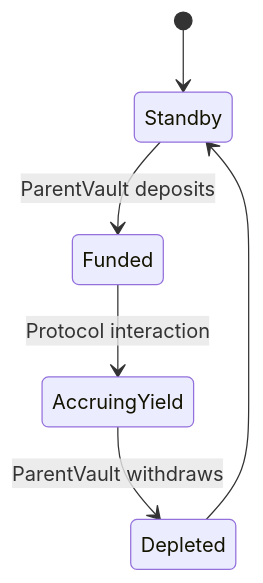
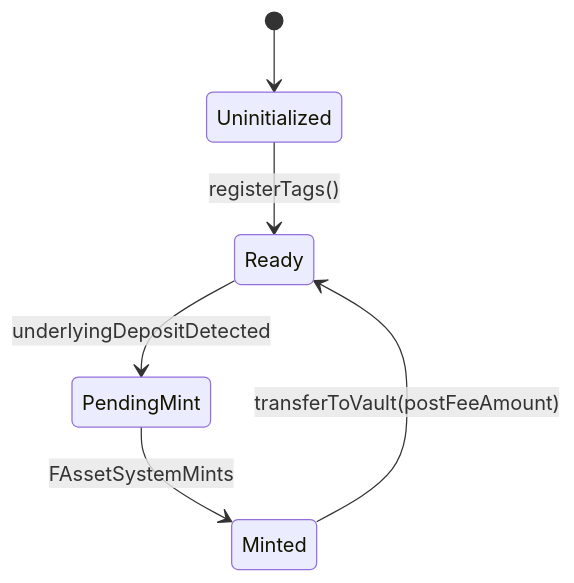
The third of 4 diagrams in architecture.md (ola-893/Yieldflare), drawn with Mermaid before and after one commit. The commit also changed other lines of this file, not shown here.

Commit message:
docs: patch 5 architectural edge cases

````diff
--- a/architecture.md
+++ b/architecture.md
@@ -96,8 +98,8 @@
 ```mermaid
 stateDiagram-v2
-    [*] --> Standby
-    Standby --> Funded : ParentVault deposits
-    Funded --> AccruingYield : Protocol interaction
-    AccruingYield --> Depleted : ParentVault withdraws
-    Depleted --> Standby
+    [*] --> Uninitialized
+    Uninitialized --> Ready : registerTags()
+    Ready --> PendingMint : underlyingDepositDetected
+    PendingMint --> Minted : FAssetSystemMints
+    Minted --> Ready : transferToVault(postFeeAmount)
 ```
````
